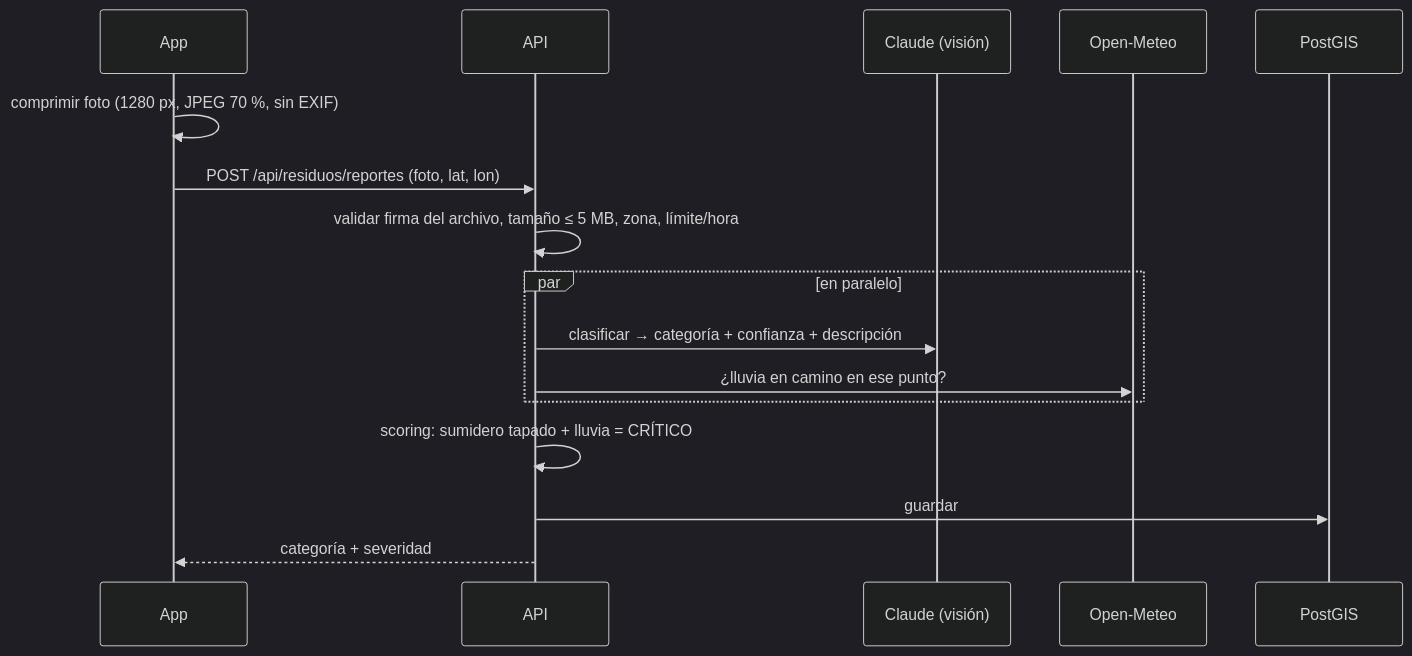
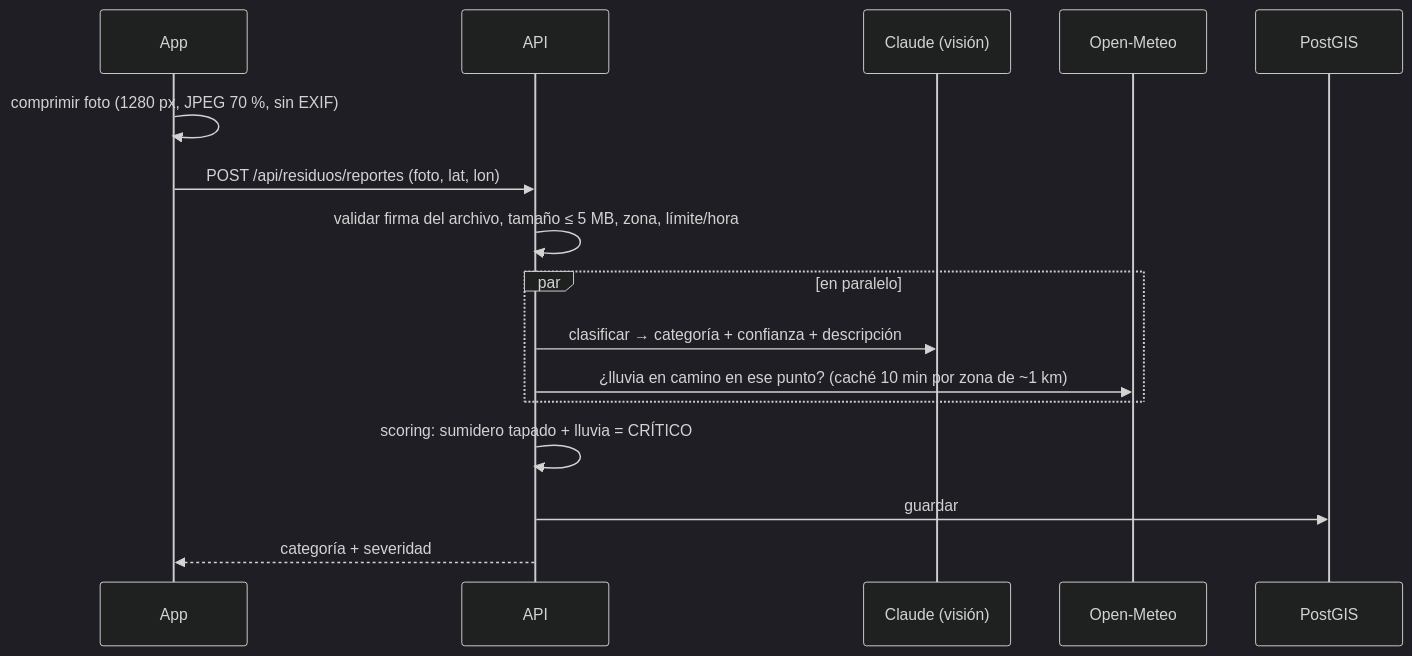
Before and after one commit to SilredPY/DesafioUPE-2026: the third of 6 diagrams in docs/COMO_FUNCIONA.md, drawn with Mermaid (dark theme). The commit also changed other lines of this file and 12 other files, not shown here.

````diff
--- a/docs/COMO_FUNCIONA.md
+++ b/docs/COMO_FUNCIONA.md
@@ -117,18 +117,18 @@
 ```mermaid
 sequenceDiagram
     participant App
     participant API
     participant IA as Claude (visión)
     participant OM as Open-Meteo
     participant DB as PostGIS
     App->>App: comprimir foto (1280 px, JPEG 70 %, sin EXIF)
     App->>API: POST /api/residuos/reportes (foto, lat, lon)
     API->>API: validar firma del archivo, tamaño ≤ 5 MB, zona, límite/hora
     par en paralelo
         API->>IA: clasificar → categoría + confianza + descripción
-        API->>OM: ¿lluvia en camino en ese punto?
+        API->>OM: ¿lluvia en camino en ese punto? (caché 10 min por zona de ~1 km)
     end
     API->>API: scoring: sumidero tapado + lluvia = CRÍTICO
     API->>DB: guardar
     API-->>App: categoría + severidad
 ```
````
